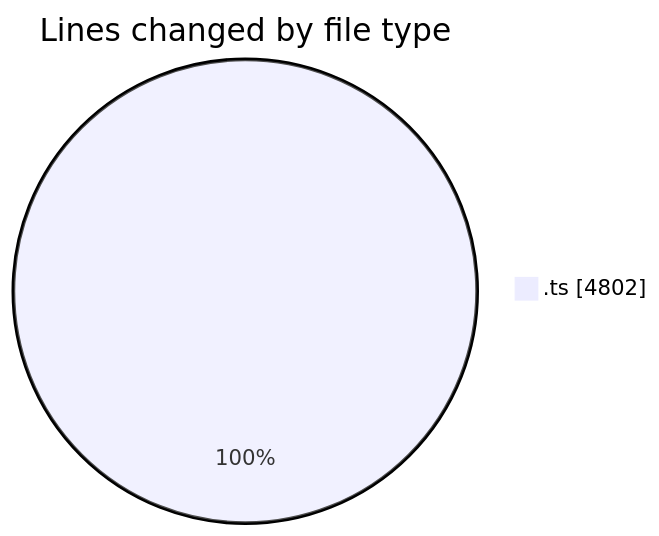
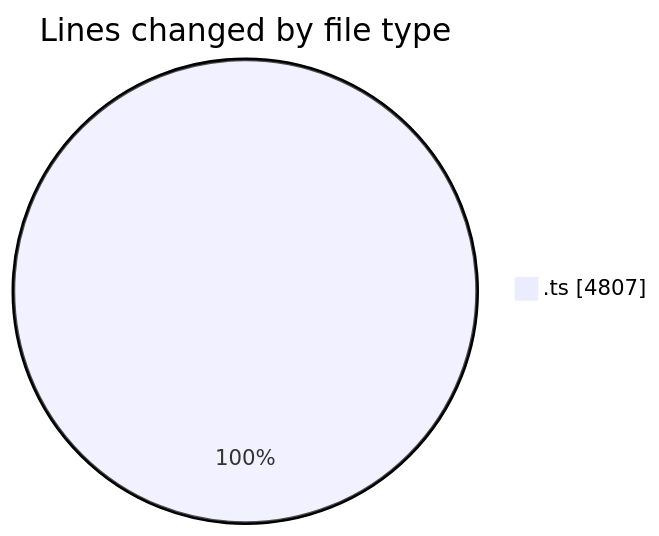
The first of 2 diagrams in 2025-08-08/cda/README.md (momahboobian/code-tracking), drawn with Mermaid before and after one commit. The commit also changed other lines of this file and 1 other file, not shown here.

````diff
--- a/2025-08-08/cda/README.md
+++ b/2025-08-08/cda/README.md
@@ -27,5 +27,5 @@
 ```mermaid
 pie showData
 title Lines changed by file type
-".ts" : 4802
+".ts" : 4807
 ```
````
